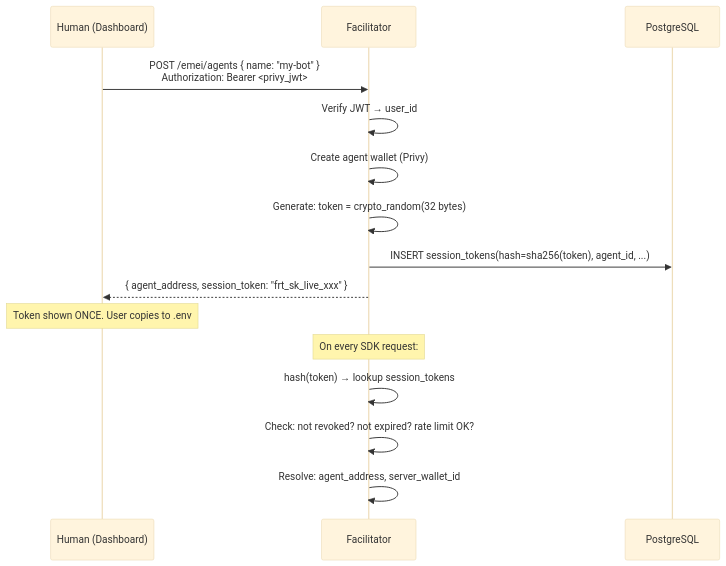
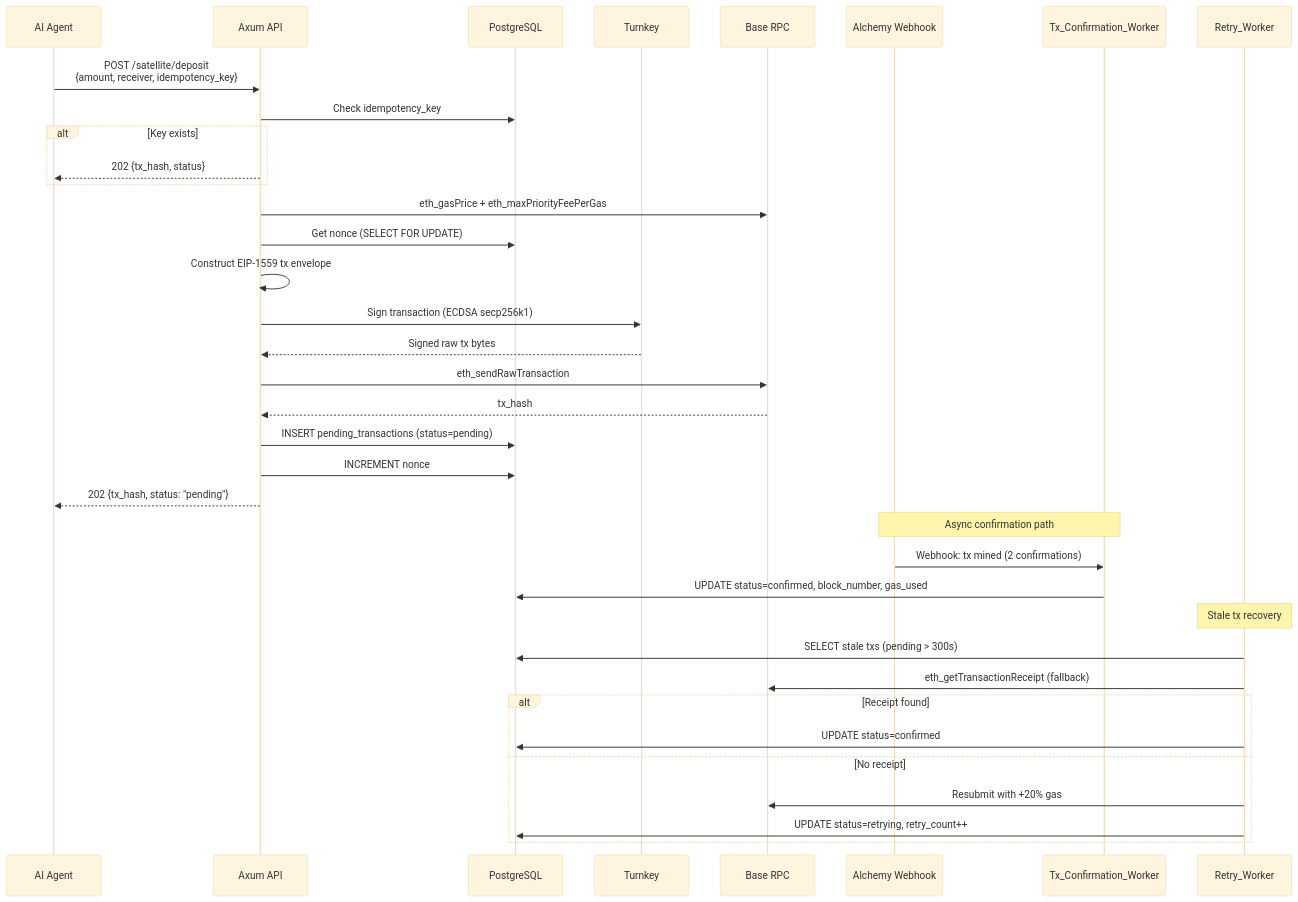
One commit to itsme-boii/archetectures changed the second of 8 diagrams in README.md. Above: the diagram before and after it, drawn with Mermaid (base theme). The commit also changed other lines of this file, not shown here.

````diff
--- a/README.md
+++ b/README.md
@@ -174,19 +113,41 @@
 ```mermaid
 sequenceDiagram
-    participant U as Human (Dashboard)
-    participant F as Facilitator
+    participant C as AI Agent
+    participant API as Axum API
     participant DB as PostgreSQL
+    participant TK as Turnkey
+    participant RPC as Base RPC
+    participant ALH as Alchemy Webhook
+    participant TCW as Tx_Confirmation_Worker
+    participant RW as Retry_Worker
 
-    U->>F: POST /emei/agents { name: "my-bot" }<br/>Authorization: Bearer <privy_jwt>
-    F->>F: Verify JWT → user_id
-    F->>F: Create agent wallet (Privy)
-    F->>F: Generate: token = crypto_random(32 bytes)
-    F->>DB: INSERT session_tokens(hash=sha256(token), agent_id, ...)
-    F-->>U: { agent_address, session_token: "frt_sk_live_xxx" }
-    Note over U: Token shown ONCE. User copies to .env
+    C->>API: POST /satellite/deposit<br/>{amount, receiver, idempotency_key}
+    API->>DB: Check idempotency_key
+    alt Key exists
+        API-->>C: 202 {tx_hash, status}
+    end
+    API->>RPC: eth_gasPrice + eth_maxPriorityFeePerGas
+    API->>DB: Get nonce (SELECT FOR UPDATE)
+    API->>API: Construct EIP-1559 tx envelope
+    API->>TK: Sign transaction (ECDSA secp256k1)
+    TK-->>API: Signed raw tx bytes
+    API->>RPC: eth_sendRawTransaction
+    RPC-->>API: tx_hash
+    API->>DB: INSERT pending_transactions (status=pending)
+    API->>DB: INCREMENT nonce
+    API-->>C: 202 {tx_hash, status: "pending"}
 
-    Note over F: On every SDK request:
-    F->>F: hash(token) → lookup session_tokens
-    F->>F: Check: not revoked? not expired? rate limit OK?
-    F->>F: Resolve: agent_address, server_wallet_id
+    Note over ALH,TCW: Async confirmation path
+    ALH->>TCW: Webhook: tx mined (2 confirmations)
+    TCW->>DB: UPDATE status=confirmed, block_number, gas_used
+
+    Note over RW: Stale tx recovery
+    RW->>DB: SELECT stale txs (pending > 300s)
+    RW->>RPC: eth_getTransactionReceipt (fallback)
+    alt Receipt found
+        RW->>DB: UPDATE status=confirmed
+    else No receipt
+        RW->>RPC: Resubmit with +20% gas
+        RW->>DB: UPDATE status=retrying, retry_count++
+    end
 ```
````
